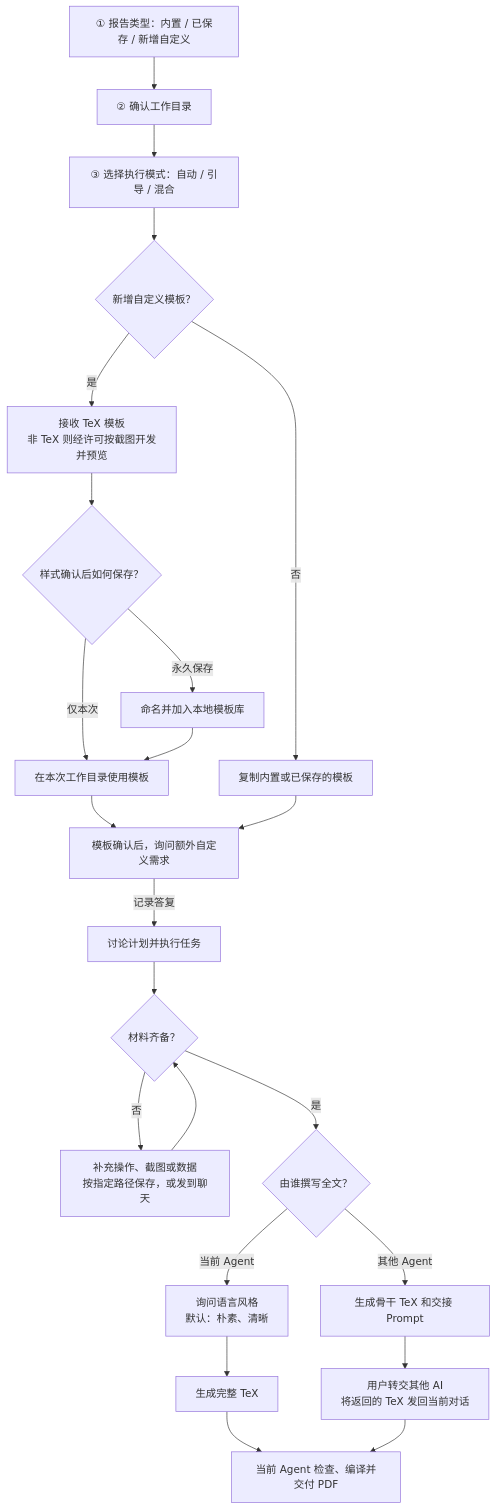
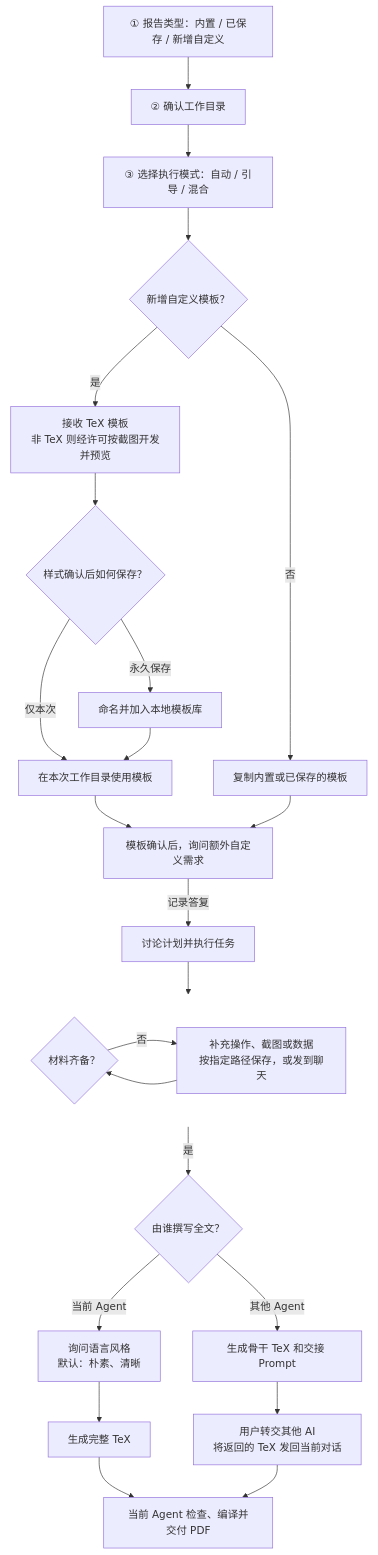
Before and after one commit to Hanggoash/report-template: the diagram in README.md, drawn with Mermaid.

Commit message:
Place material collection beside readiness check in flowchart

````diff
--- a/README.md
+++ b/README.md
@@ -56,25 +56,29 @@
 ```mermaid
 flowchart TD
     Q1["① 报告类型：内置 / 已保存 / 新增自定义"] --> Q2["② 确认工作目录"]
     Q2 --> Q3["③ 选择执行模式：自动 / 引导 / 混合"]
     Q3 --> T{"新增自定义模板？"}
     T -->|是| R["接收 TeX 模板<br/>非 TeX 则经许可按截图开发并预览"]
     R --> K{"样式确认后如何保存？"}
     K -->|仅本次| C["在本次工作目录使用模板"]
     K -->|永久保存| L["命名并加入本地模板库"]
     L --> C
     T -->|否| B["复制内置或已保存的模板"]
     C --> X["模板确认后，询问额外自定义需求"]
     B --> X
     X -->|记录答复| P["讨论计划并执行任务"]
-    P --> M{"材料齐备？"}
-    M -->|否| E["补充操作、截图或数据<br/>按指定路径保存，或发到聊天"]
-    E --> M
-    M -->|是| Q4{"由谁撰写全文？"}
+    P --> MaterialCheck
+    subgraph MaterialCheck[" "]
+        direction LR
+        M{"材料齐备？"} -->|否| E["补充操作、截图或数据<br/>按指定路径保存，或发到聊天"]
+        E --> M
+    end
+    style MaterialCheck fill:transparent,stroke:transparent
+    MaterialCheck -->|是| Q4{"由谁撰写全文？"}
     Q4 -->|当前 Agent| S["询问语言风格<br/>默认：朴素、清晰"]
     S --> W["生成完整 TeX"]
     Q4 -->|其他 Agent| H["生成骨干 TeX 和交接 Prompt"]
     H --> U["用户转交其他 AI<br/>将返回的 TeX 发回当前对话"]
     W --> F["当前 Agent 检查、编译并交付 PDF"]
     U --> F
 ```
````
